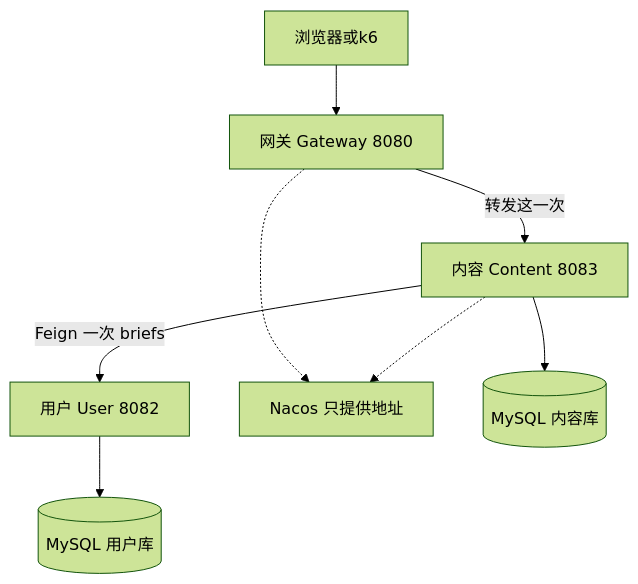
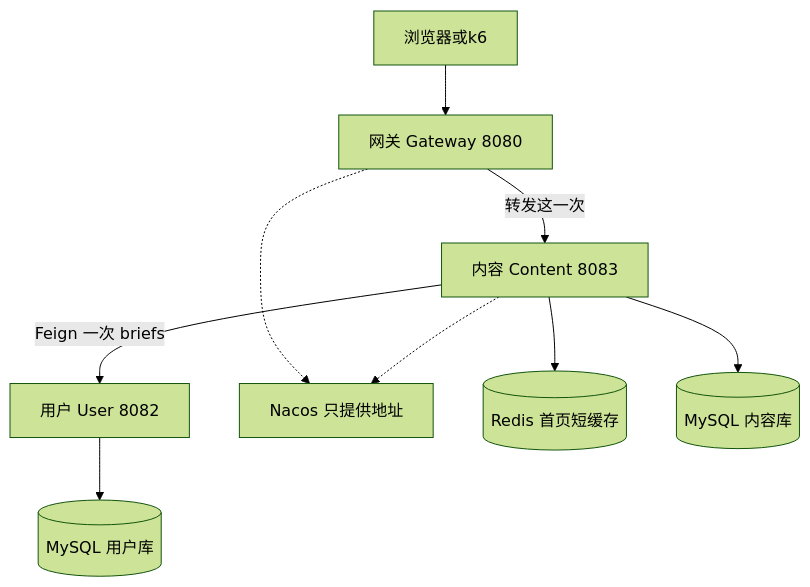
Before and after one commit to Yangleduo00337788/OnePage: diagram 15 of 16 in agi-work-space/src/content/engineering/tech/diagrams.md, drawn with Mermaid (forest theme). The commit also changed other lines of this file and 42 other files, not shown here.

````diff
--- a/agi-work-space/src/content/engineering/tech/diagrams.md
+++ b/agi-work-space/src/content/engineering/tech/diagrams.md
@@ -406,10 +408,11 @@
 ```mermaid
 flowchart TD
   client["浏览器或k6"] --> gw["网关 Gateway 8080"]
   gw -->|"转发这一次"| content["内容 Content 8083"]
   content -->|"Feign 一次 briefs"| user["用户 User 8082"]
   gw -.-> nacos["Nacos 只提供地址"]
   content -.-> nacos
+  content --> redis[("Redis 首页短缓存")]
   content --> dbC[("MySQL 内容库")]
   user --> dbU[("MySQL 用户库")]
 ```
````
